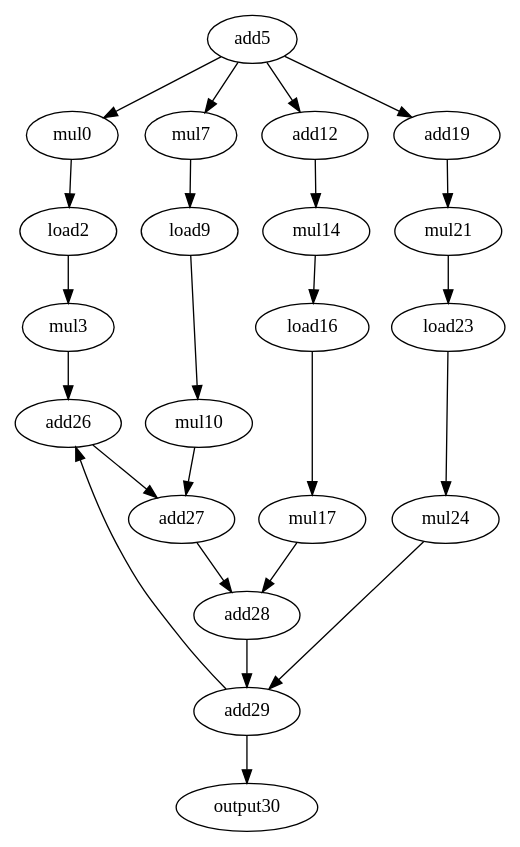
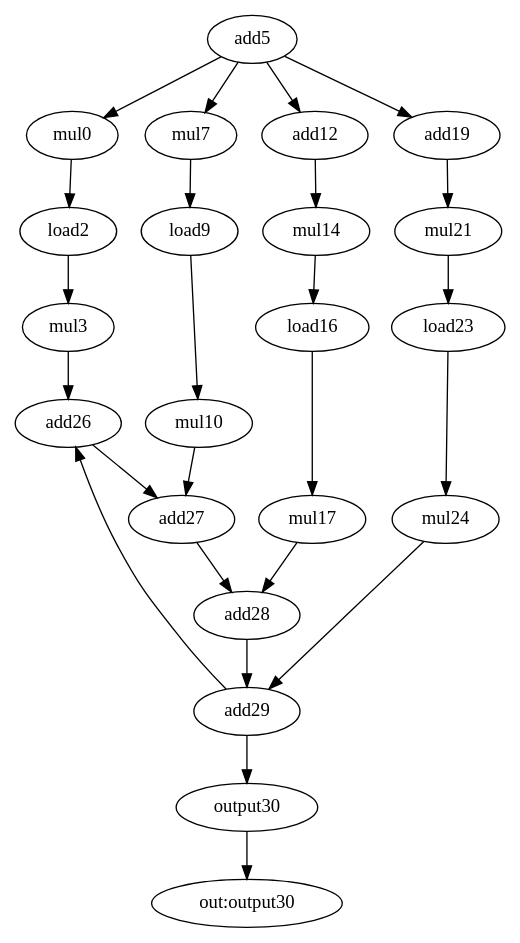
The diagram in dot_dac/cgra/mults1.dot (canesche/nvcc_colab_icpp2020), drawn with Graphviz before and after one commit. The commit also changed 106 other files, not shown here.

```diff
--- a/dot_dac/cgra/mults1.dot
+++ b/dot_dac/cgra/mults1.dot
@@ -1,45 +1,47 @@
-digraph G {
-mul0[opcode=mul];
-load2[opcode=load];
-mul3[opcode=mul];
-add5[opcode=add];
-mul7[opcode=mul];
-load9[opcode=load];
-mul10[opcode=mul];
-add12[opcode=add];
-mul14[opcode=mul];
-load16[opcode=load];
-mul17[opcode=mul];
-add19[opcode=add];
-mul21[opcode=mul];
-load23[opcode=load];
-mul24[opcode=mul];
-add26[opcode=add];
-add27[opcode=add];
-add28[opcode=add];
-add29[opcode=add];
-output30[opcode=output];
-load2->mul3[operand=0]; //load->mul
-mul3->add26[operand=0]; //mul->add
-add5->mul7[operand=1]; //add->gep_mul
-add5->mul0[operand=1]; //add->gep_mul
-add5->add12[operand=0]; //add->add
-add5->add19[operand=0]; //add->add
-load9->mul10[operand=0]; //load->mul
-mul10->add27[operand=1]; //mul->add
-add12->mul14[operand=1]; //add->gep_mul
-load16->mul17[operand=0]; //load->mul
-mul17->add28[operand=1]; //mul->add
-add19->mul21[operand=1]; //add->gep_mul
-load23->mul24[operand=0]; //load->mul
-mul24->add29[operand=1]; //mul->add
-add26->add27[operand=0]; //add->add
-add27->add28[operand=0]; //add->add
-add28->add29[operand=0]; //add->add
-add29->output30[operand=0]; //add->output
-add29->add26[operand=1]; //add->add
-mul0->load2[operand=0]; //gep_mul->load
-mul7->load9[operand=0]; //gep_mul->load
-mul14->load16[operand=0]; //gep_mul->load
-mul21->load23[operand=0]; //gep_mul->load
+strict digraph "G" {
+mul0 [opcode=mul];
+load2 [opcode=load];
+mul3 [opcode=mul];
+add5 [opcode=add];
+mul7 [opcode=mul];
+load9 [opcode=load];
+mul10 [opcode=mul];
+add12 [opcode=add];
+mul14 [opcode=mul];
+load16 [opcode=load];
+mul17 [opcode=mul];
+add19 [opcode=add];
+mul21 [opcode=mul];
+load23 [opcode=load];
+mul24 [opcode=mul];
+add26 [opcode=add];
+add27 [opcode=add];
+add28 [opcode=add];
+add29 [opcode=add];
+output30 [opcode=output];
+"out:output30";
+mul0 -> load2  [operand=0];
+load2 -> mul3  [operand=0];
+mul3 -> add26  [operand=0];
+add5 -> mul7  [operand=1];
+add5 -> mul0  [operand=1];
+add5 -> add12  [operand=0];
+add5 -> add19  [operand=0];
+mul7 -> load9  [operand=0];
+load9 -> mul10  [operand=0];
+mul10 -> add27  [operand=1];
+add12 -> mul14  [operand=1];
+mul14 -> load16  [operand=0];
+load16 -> mul17  [operand=0];
+mul17 -> add28  [operand=1];
+add19 -> mul21  [operand=1];
+mul21 -> load23  [operand=0];
+load23 -> mul24  [operand=0];
+mul24 -> add29  [operand=1];
+add26 -> add27  [operand=0];
+add27 -> add28  [operand=0];
+add28 -> add29  [operand=0];
+add29 -> output30  [operand=0];
+add29 -> add26  [operand=1];
+output30 -> "out:output30";
 }
```
